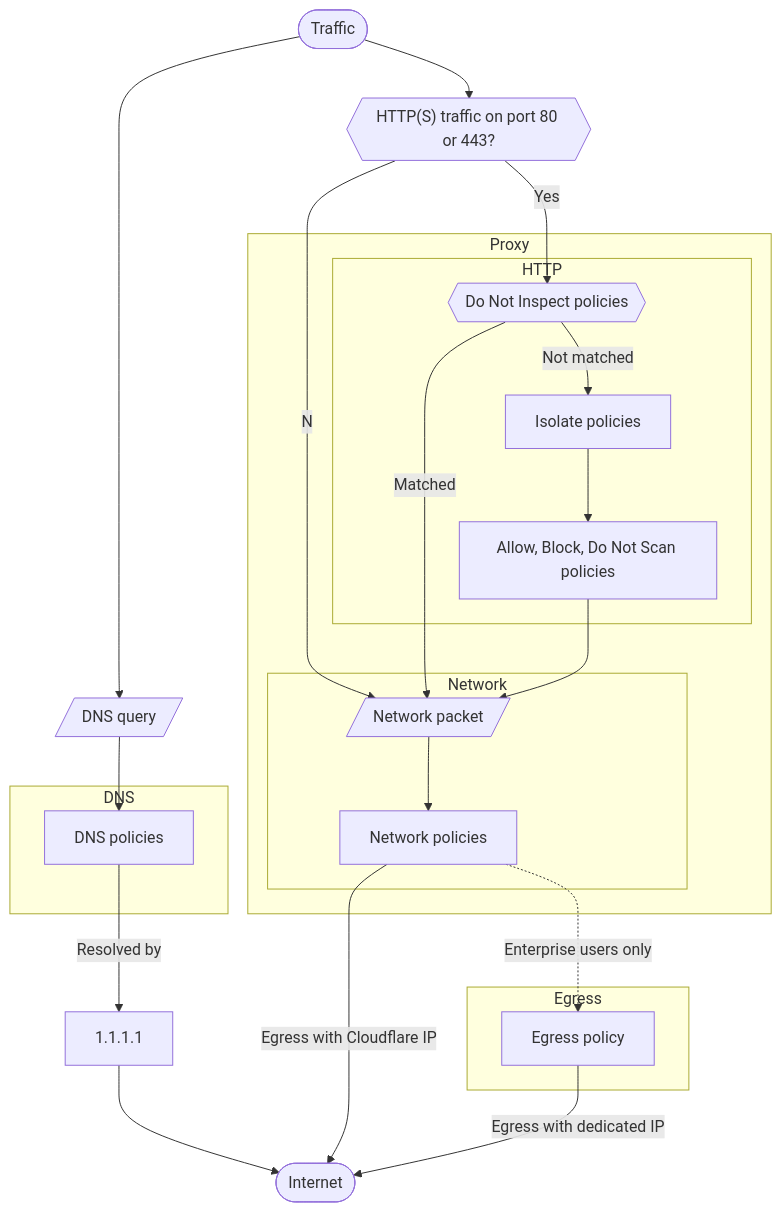
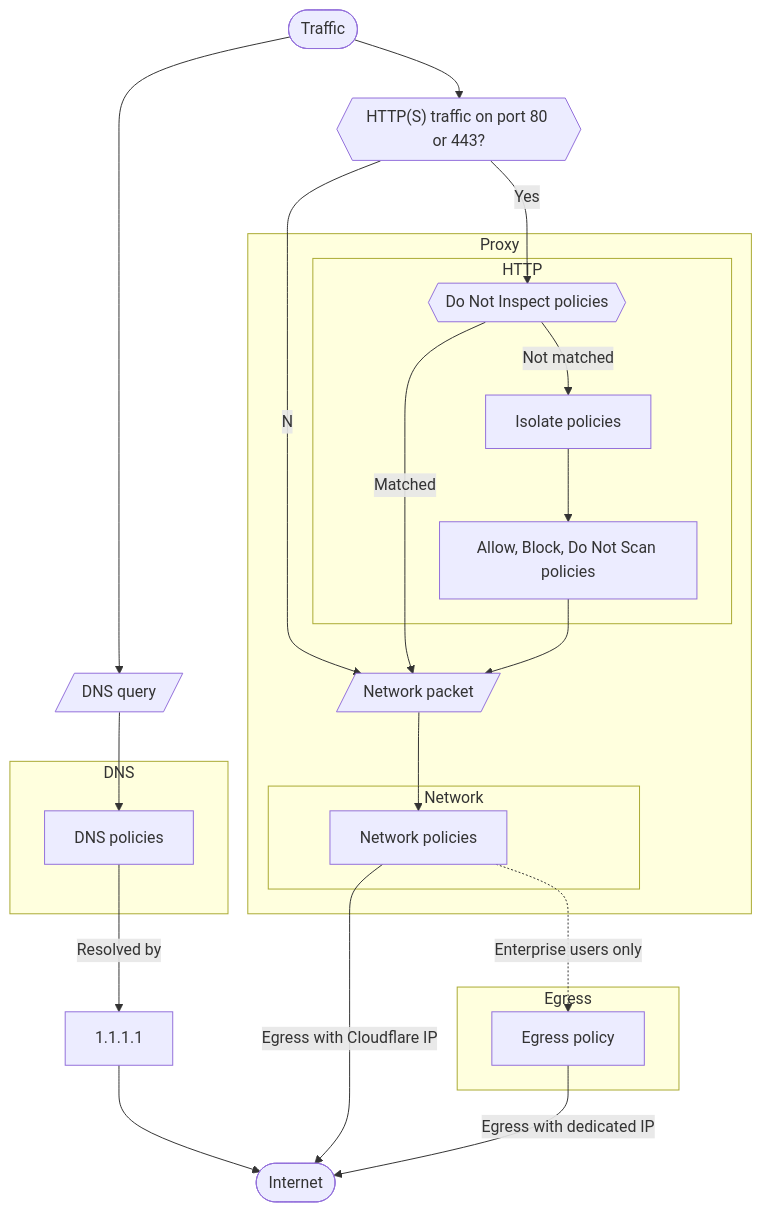
Before and after one commit to cloudflare/cloudflare-docs: the diagram in content/cloudflare-one/policies/gateway/order-of-enforcement.md, drawn with Mermaid.

Commit message:
Move 'Network packet' out of subgraph

````diff
--- a/content/cloudflare-one/policies/gateway/order-of-enforcement.md
+++ b/content/cloudflare-one/policies/gateway/order-of-enforcement.md
@@ -11,42 +11,43 @@
 ```mermaid
 flowchart TB
     %% In with user traffic
     start(["Traffic"])-->dns0[/"DNS query"/]-->dns1
     start-->http0{{"HTTP(S) traffic on port 80 or 443?"}}
     http0--Yes-->http1
     http0--No-->network0
 
     %% DNS policies
     subgraph DNS
     dns1["DNS policies"]
     end
     dns1--Resolved by-->dns2["1.1.1.1"]-->internet
 
     %% Proxied by Gateway
     subgraph Proxy
 
     %% HTTP policies
     subgraph HTTP
     http1{{"Do Not Inspect policies"}}
     http1--Not matched-->http2["Isolate policies"]
     http2-->http3["Allow, Block, Do Not Scan policies"]
     end
 
     http1--Matched-->network0
     http3-->network0
+    network0[/"Network packet"/]-->network1
 
     %% Network policies
     subgraph Network
-    network0[/"Network packet"/]-->network1["Network policies"]
+    network1["Network policies"]
     end
     end
 
     %% Egress
     subgraph Egress
     network1-.Enterprise users only.->egress1[Egress policy]
     end
 
     %% Finish
     network1--Egress with Cloudflare IP-->internet([Internet])
     egress1--Egress with dedicated IP-->internet
 ```
````
